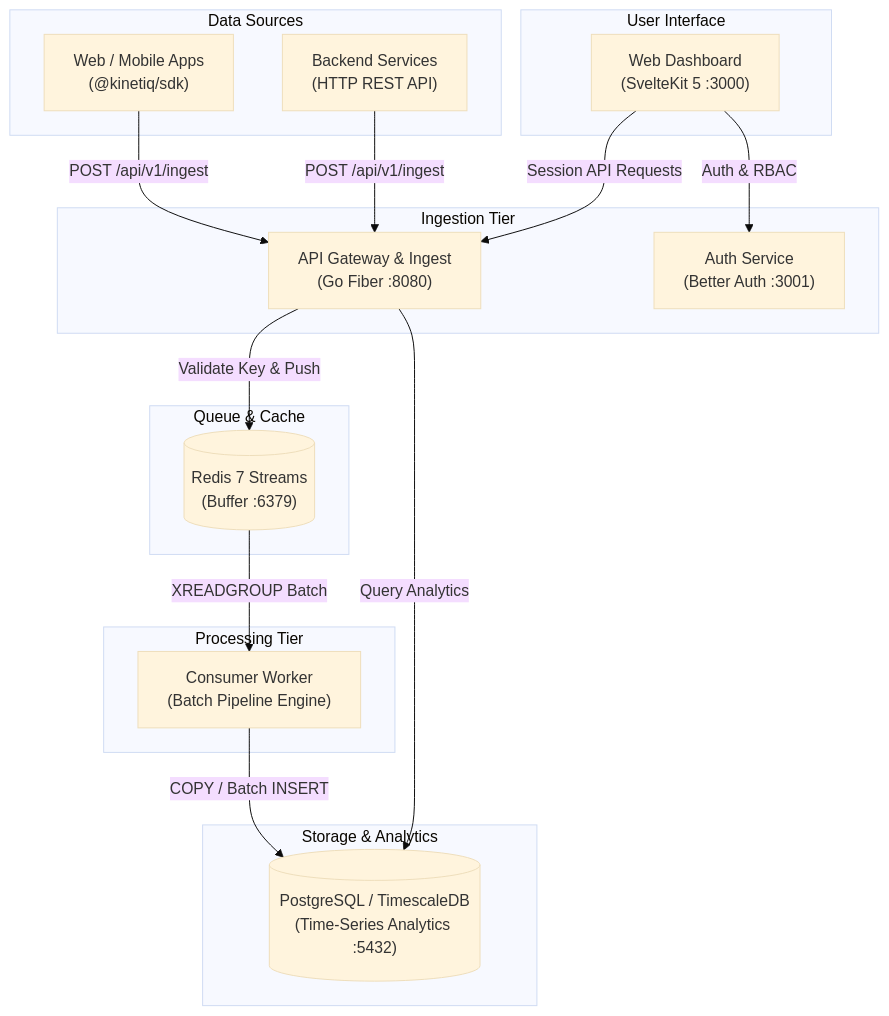
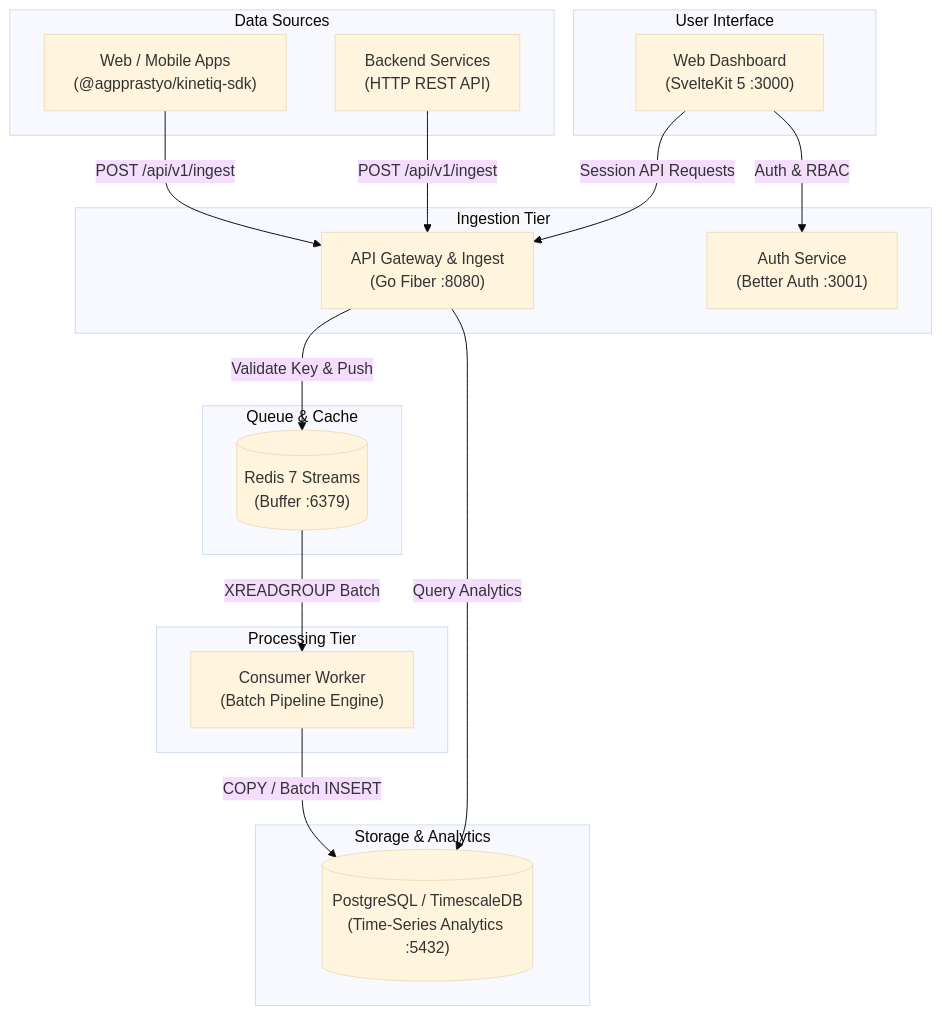
The diagram in README.md (agpprastyo/kinetiq), drawn with Mermaid (base theme) before and after one commit. The commit also changed other lines of this file and 7 other files, not shown here.

Commit message:
chore(sdk): rename to @agpprastyo/kinetiq-sdk and add npm publish workflow (#17)

````diff
--- a/README.md
+++ b/README.md
@@ -40,37 +40,37 @@
 ```mermaid
 flowchart TD
     subgraph Clients["Data Sources"]
-        Browser["Web / Mobile Apps<br/>(@kinetiq/sdk)"]
+        Browser["Web / Mobile Apps<br/>(@agpprastyo/kinetiq-sdk)"]
         Backend["Backend Services<br/>(HTTP REST API)"]
     end
 
     subgraph Edge["Ingestion Tier"]
         API["API Gateway & Ingest<br/>(Go Fiber :8080)"]
         Auth["Auth Service<br/>(Better Auth :3001)"]
     end
 
     subgraph Buffer["Queue & Cache"]
         Queue[("Redis 7 Streams<br/>(Buffer :6379)")]
     end
 
     subgraph Async["Processing Tier"]
         Worker["Consumer Worker<br/>(Batch Pipeline Engine)"]
     end
 
     subgraph Storage["Storage & Analytics"]
         DB[("PostgreSQL / TimescaleDB<br/>(Time-Series Analytics :5432)")]
     end
 
     subgraph Presentation["User Interface"]
         Web["Web Dashboard<br/>(SvelteKit 5 :3000)"]
     end
 
     Browser -->|"POST /api/v1/ingest"| API
     Backend -->|"POST /api/v1/ingest"| API
     API -->|"Validate Key & Push"| Queue
     Queue -->|"XREADGROUP Batch"| Worker
     Worker -->|"COPY / Batch INSERT"| DB
     Web -->|"Session API Requests"| API
     Web -->|"Auth & RBAC"| Auth
     API -->|"Query Analytics"| DB
 ```
````
